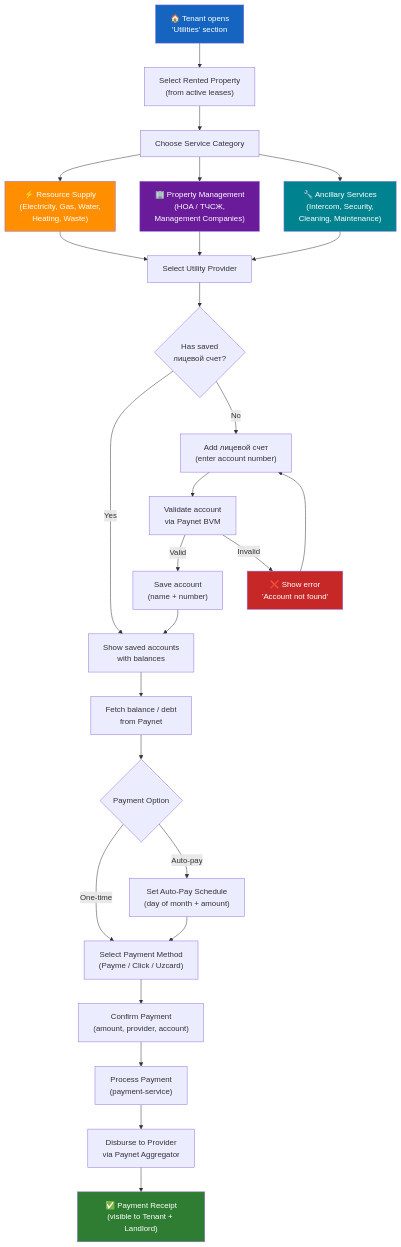
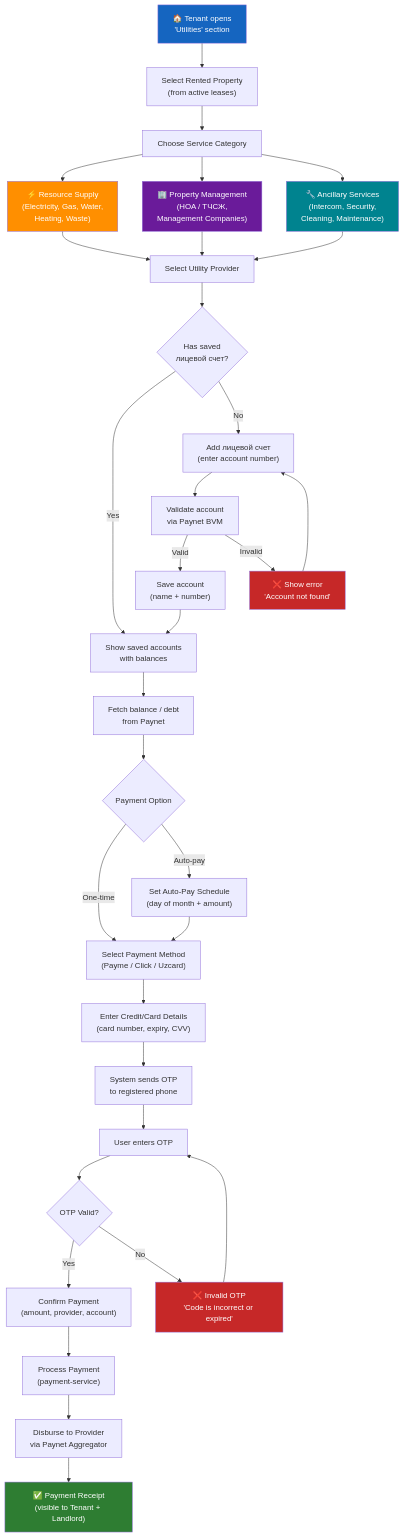
Before and after one commit to saodatm-dev/Utilities---Informational-Architecture: the first of 13 diagrams in utilities-payment-userflow.md, drawn with Mermaid.

Commit message:
feat: introduce OTP verification flow after card details entry before payment confirmation.

````diff
--- a/utilities-payment-userflow.md
+++ b/utilities-payment-userflow.md
@@ -27,46 +27,55 @@
 ```mermaid
 flowchart TD
     START["🏠 Tenant opens<br/>'Utilities' section"] --> SELECT_PROP["Select Rented Property<br/>(from active leases)"]
 
     SELECT_PROP --> TABS["Choose Service Category"]
 
     TABS --> TAB1["⚡ Resource Supply<br/>(Electricity, Gas, Water,<br/>Heating, Waste)"]
     TABS --> TAB2["🏢 Property Management<br/>(HOA / ТЧСЖ,<br/>Management Companies)"]
     TABS --> TAB3["🔧 Ancillary Services<br/>(Intercom, Security,<br/>Cleaning, Maintenance)"]
 
     TAB1 --> PROVIDER["Select Utility Provider"]
     TAB2 --> PROVIDER
     TAB3 --> PROVIDER
 
     PROVIDER --> ACCOUNT{"Has saved<br/>лицевой счет?"}
 
     ACCOUNT -->|"Yes"| SAVED["Show saved accounts<br/>with balances"]
     ACCOUNT -->|"No"| ADD["Add лицевой счет<br/>(enter account number)"]
 
     ADD --> VALIDATE["Validate account<br/>via Paynet BVM"]
     VALIDATE -->|"Valid"| SAVE["Save account<br/>(name + number)"]
     VALIDATE -->|"Invalid"| ERROR["❌ Show error<br/>'Account not found'"]
     ERROR --> ADD
 
     SAVE --> SAVED
     SAVED --> AMOUNT["Fetch balance / debt<br/>from Paynet"]
 
     AMOUNT --> PAY_OPTS{"Payment Option"}
     PAY_OPTS -->|"One-time"| SELECT_METHOD["Select Payment Method<br/>(Payme / Click / Uzcard)"]
     PAY_OPTS -->|"Auto-pay"| SCHEDULE["Set Auto-Pay Schedule<br/>(day of month + amount)"]
 
     SCHEDULE --> SELECT_METHOD
-    SELECT_METHOD --> CONFIRM["Confirm Payment<br/>(amount, provider, account)"]
+    SELECT_METHOD --> CARD_DETAILS["Enter Credit/Card Details<br/>(card number, expiry, CVV)"]
+
+    CARD_DETAILS --> SEND_OTP["System sends OTP<br/>to registered phone"]
+    SEND_OTP --> ENTER_OTP["User enters OTP"]
+    ENTER_OTP --> OTP_CHECK{"OTP Valid?"}
+
+    OTP_CHECK -->|"Yes"| CONFIRM["Confirm Payment<br/>(amount, provider, account)"]
+    OTP_CHECK -->|"No"| OTP_ERROR["❌ Invalid OTP<br/>'Code is incorrect or expired'"]
+    OTP_ERROR --> ENTER_OTP
 
     CONFIRM --> PROCESS["Process Payment<br/>(payment-service)"]
     PROCESS --> PAYNET["Disburse to Provider<br/>via Paynet Aggregator"]
 
     PAYNET --> RECEIPT["✅ Payment Receipt<br/>(visible to Tenant + Landlord)"]
 
     style START fill:#1565C0,color:#fff
     style RECEIPT fill:#2E7D32,color:#fff
     style ERROR fill:#C62828,color:#fff
+    style OTP_ERROR fill:#C62828,color:#fff
     style TAB1 fill:#FF8F00,color:#fff
     style TAB2 fill:#6A1B9A,color:#fff
     style TAB3 fill:#00838F,color:#fff
 ```
````
